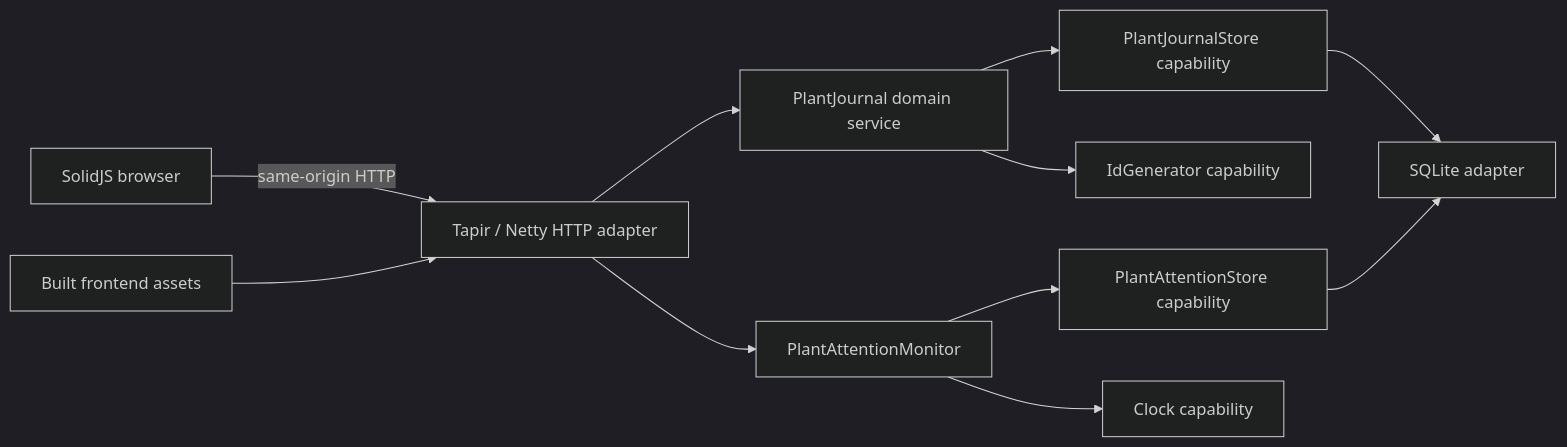
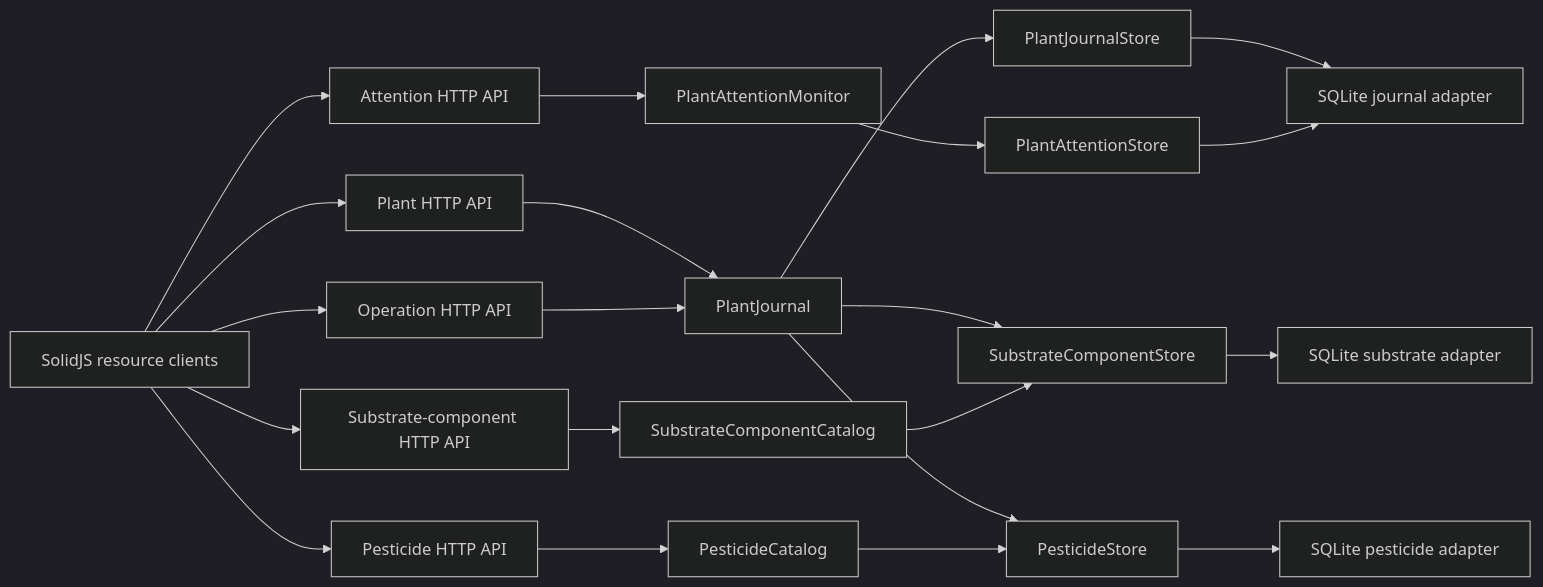
One commit to cosminci/gardening changed the second of 2 diagrams in specs/design.md. Above: the diagram before and after it, drawn with Mermaid (dark theme). The commit also changed other lines of this file and 4 other files, not shown here.

````diff
--- a/specs/design.md
+++ b/specs/design.md
@@ -83,13 +83,23 @@
 ```mermaid
 flowchart LR
-    Browser["SolidJS browser"] -->|"same-origin HTTP"| HTTP["Tapir / Netty HTTP adapter"]
-    Static["Built frontend assets"] --> HTTP
-    HTTP --> Journal["PlantJournal domain service"]
-    HTTP --> Attention["PlantAttentionMonitor"]
-    Journal --> StorePort["PlantJournalStore capability"]
-    Attention --> AttentionPort["PlantAttentionStore capability"]
-    Journal --> IDs["IdGenerator capability"]
-    Attention --> Clock["Clock capability"]
-    StorePort --> SQLite["SQLite adapter"]
-    AttentionPort --> SQLite
+    Browser["SolidJS resource clients"] --> Plants["Plant HTTP API"]
+    Browser --> Operations["Operation HTTP API"]
+    Browser --> AttentionAPI["Attention HTTP API"]
+    Browser --> SubstrateAPI["Substrate-component HTTP API"]
+    Browser --> PesticideAPI["Pesticide HTTP API"]
+    Plants --> Journal["PlantJournal"]
+    Operations --> Journal
+    AttentionAPI --> Attention["PlantAttentionMonitor"]
+    SubstrateAPI --> Substrate["SubstrateComponentCatalog"]
+    PesticideAPI --> Pesticide["PesticideCatalog"]
+    Journal --> JournalPort["PlantJournalStore"]
+    Journal --> SubstratePort["SubstrateComponentStore"]
+    Journal --> PesticidePort["PesticideStore"]
+    Attention --> AttentionPort["PlantAttentionStore"]
+    Substrate --> SubstratePort
+    Pesticide --> PesticidePort
+    JournalPort --> JournalSQLite["SQLite journal adapter"]
+    AttentionPort --> JournalSQLite
+    SubstratePort --> SubstrateSQLite["SQLite substrate adapter"]
+    PesticidePort --> PesticideSQLite["SQLite pesticide adapter"]
 ```
````
